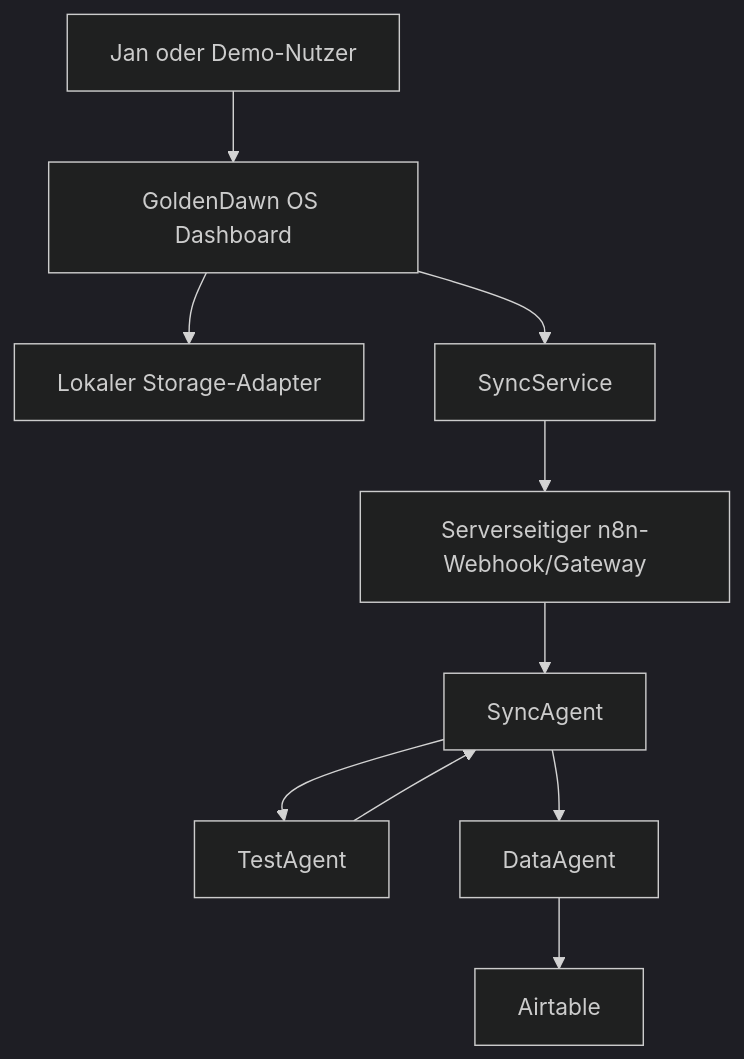
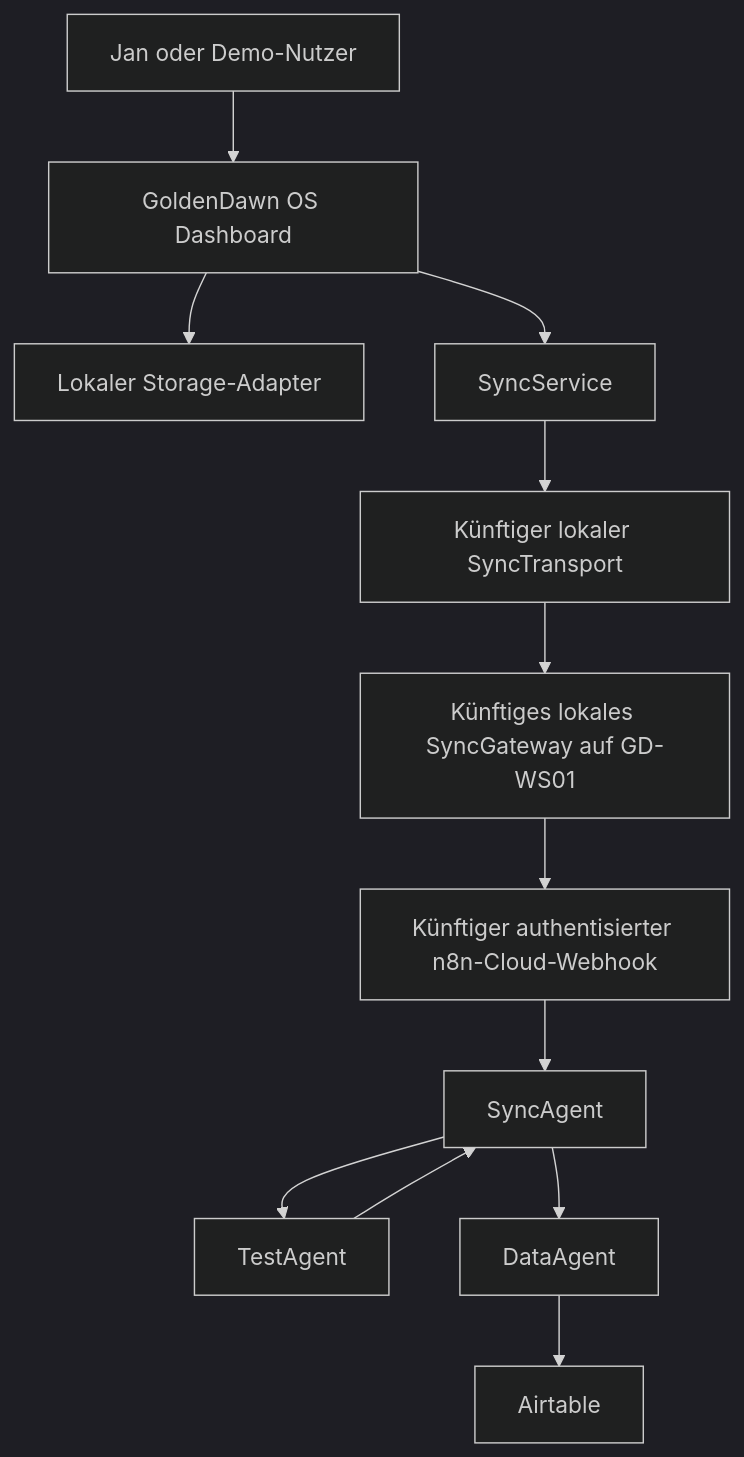
The first of 2 diagrams in docs/architecture.md (Varudan/goldendawn-os), drawn with Mermaid (dark theme) before and after one commit. The commit also changed other lines of this file and 8 other files, not shown here.

Commit message:
docs: decide local sync gateway before n8n cloud (#48)

````diff
--- a/docs/architecture.md
+++ b/docs/architecture.md
@@ -58,12 +59,14 @@
 ```mermaid
 flowchart TD
     User["Jan oder Demo-Nutzer"] --> UI["GoldenDawn OS Dashboard"]
     UI --> Local["Lokaler Storage-Adapter"]
     UI --> Sync["SyncService"]
-    Sync --> Gateway["Serverseitiger n8n-Webhook/Gateway"]
-    Gateway --> Router["SyncAgent"]
+    Sync --> Transport["Künftiger lokaler SyncTransport"]
+    Transport --> Gateway["Künftiges lokales SyncGateway auf GD-WS01"]
+    Gateway --> Cloud["Künftiger authentisierter n8n-Cloud-Webhook"]
+    Cloud --> Router["SyncAgent"]
     Router --> Test["TestAgent"]
     Router --> Data["DataAgent"]
     Test --> Router
     Data --> Airtable["Airtable"]
 ```
````
